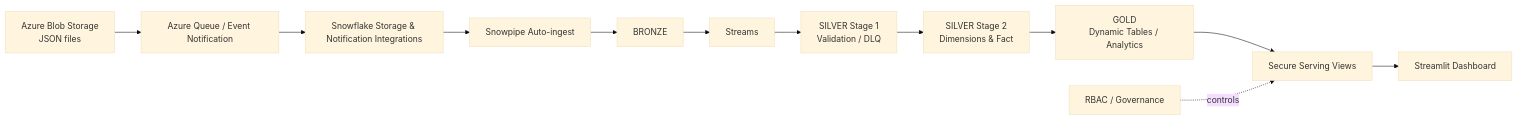
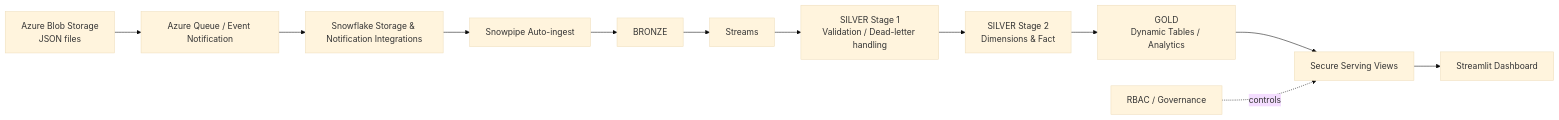
One commit to viradidi/FLOWBRIDGE-SNOWFLAKE-PROJECT changed the diagram in README.md. Above: the diagram before and after it, drawn with Mermaid (base theme). The commit also changed other lines of this file, not shown here.

Commit message:
docs: finalize FlowBridge project README

````diff
--- a/README.md
+++ b/README.md
@@ -15,14 +13,14 @@
 ```mermaid
 flowchart LR
     A[Azure Blob Storage<br/>JSON files] --> B[Azure Queue / Event Notification]
     B --> C[Snowflake Storage & Notification Integrations]
     C --> D[Snowpipe Auto-ingest]
     D --> E[BRONZE]
     E --> F[Streams]
-    F --> G[SILVER Stage 1<br/>Validation / DLQ]
+    F --> G[SILVER Stage 1<br/>Validation / Dead-letter handling]
     G --> H[SILVER Stage 2<br/>Dimensions & Fact]
     H --> I[GOLD<br/>Dynamic Tables / Analytics]
     I --> J[Secure Serving Views]
     J --> K[Streamlit Dashboard]
     L[RBAC / Governance] -. controls .-> J
 ```
````
